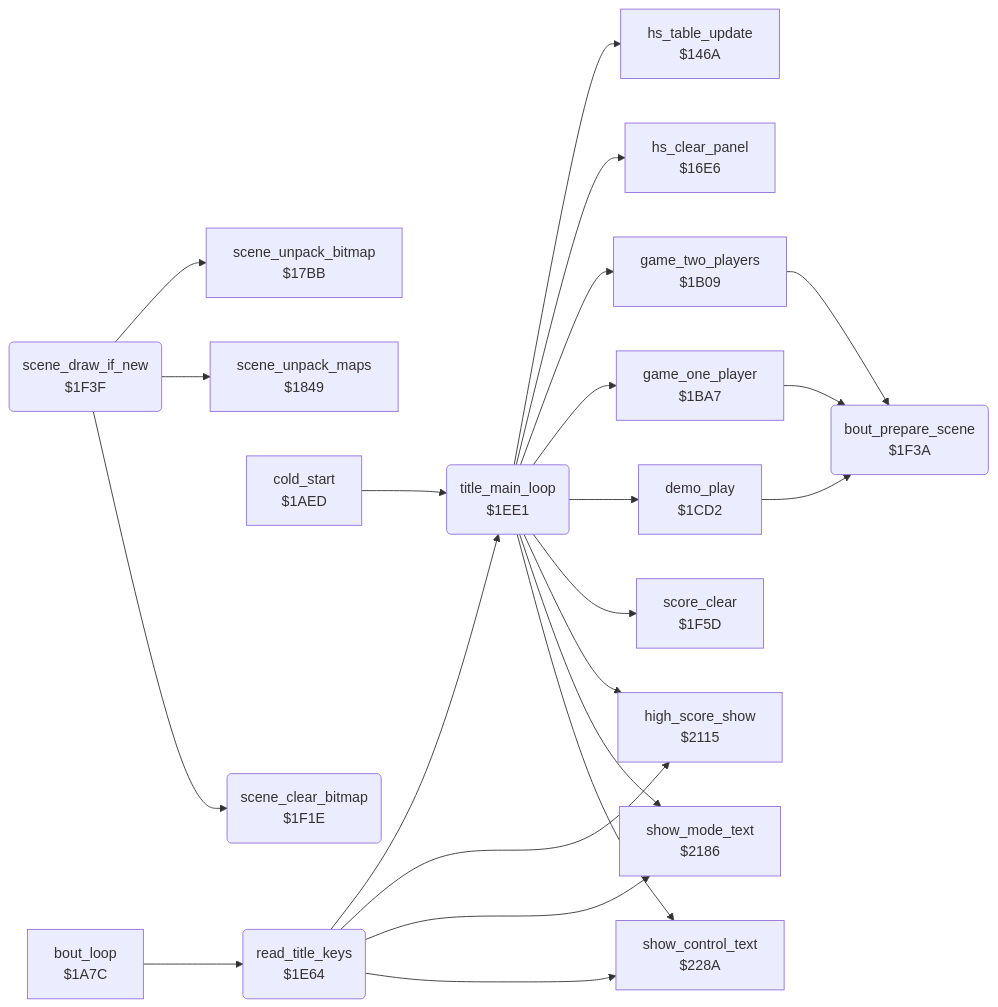
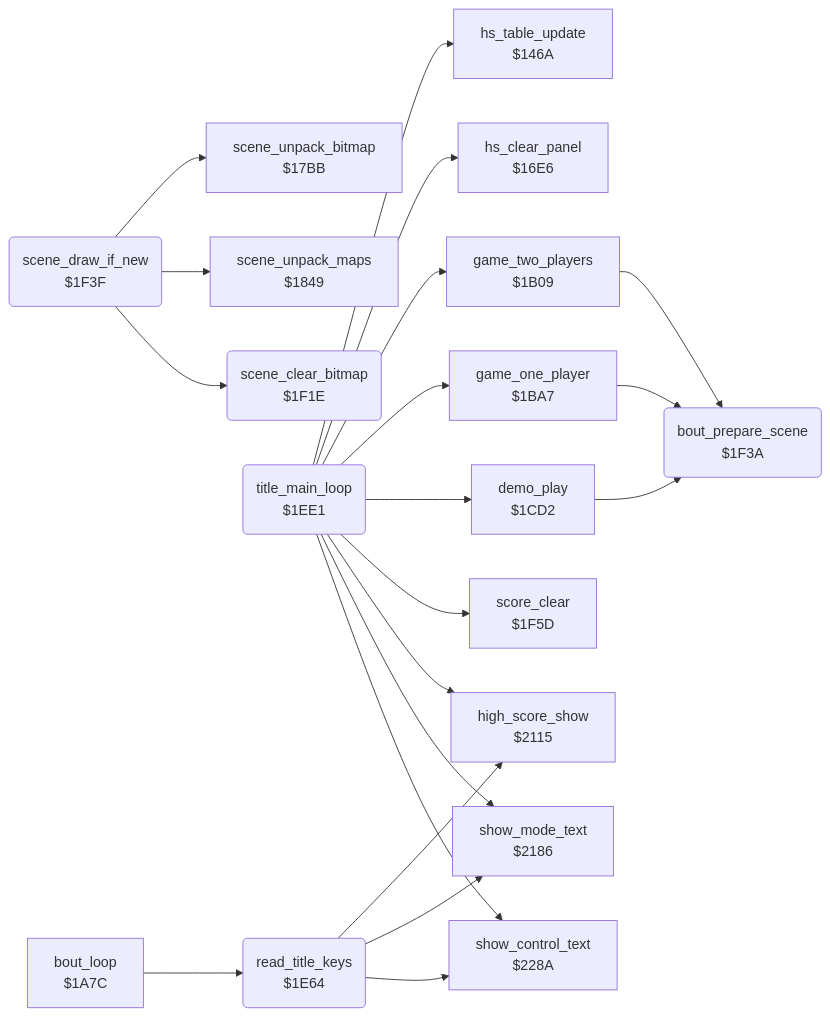
Before and after one commit to henols/c64_games: the diagram in exploding_fist/v2/docs/reference/modules/game/title_and_scene.md, drawn with Mermaid. The commit also changed other lines of this file and 319 other files, not shown here.

````diff
--- a/exploding_fist/v2/docs/reference/modules/game/title_and_scene.md
+++ b/exploding_fist/v2/docs/reference/modules/game/title_and_scene.md
@@ -10,42 +20,39 @@
 ```mermaid
 flowchart LR
   n146a["hs_table_update<br/>$146A"]
   n16e6["hs_clear_panel<br/>$16E6"]
   n17bb["scene_unpack_bitmap<br/>$17BB"]
   n1849["scene_unpack_maps<br/>$1849"]
   n1a7c["bout_loop<br/>$1A7C"]
-  n1aed["cold_start<br/>$1AED"]
   n1b09["game_two_players<br/>$1B09"]
   n1ba7["game_one_player<br/>$1BA7"]
   n1cd2["demo_play<br/>$1CD2"]
   n1e64("read_title_keys<br/>$1E64")
   n1ee1("title_main_loop<br/>$1EE1")
   n1f1e("scene_clear_bitmap<br/>$1F1E")
   n1f3a("bout_prepare_scene<br/>$1F3A")
   n1f3f("scene_draw_if_new<br/>$1F3F")
   n1f5d["score_clear<br/>$1F5D"]
   n2115["high_score_show<br/>$2115"]
   n2186["show_mode_text<br/>$2186"]
   n228a["show_control_text<br/>$228A"]
   n1a7c --> n1e64
-  n1aed --> n1ee1
   n1b09 --> n1f3a
   n1ba7 --> n1f3a
   n1cd2 --> n1f3a
-  n1e64 --> n1ee1
   n1e64 --> n2115
   n1e64 --> n2186
   n1e64 --> n228a
   n1ee1 --> n146a
   n1ee1 --> n16e6
   n1ee1 --> n1b09
   n1ee1 --> n1ba7
   n1ee1 --> n1cd2
   n1ee1 --> n1f5d
   n1ee1 --> n2115
   n1ee1 --> n2186
   n1ee1 --> n228a
   n1f3f --> n17bb
   n1f3f --> n1849
   n1f3f --> n1f1e
 ```
````
